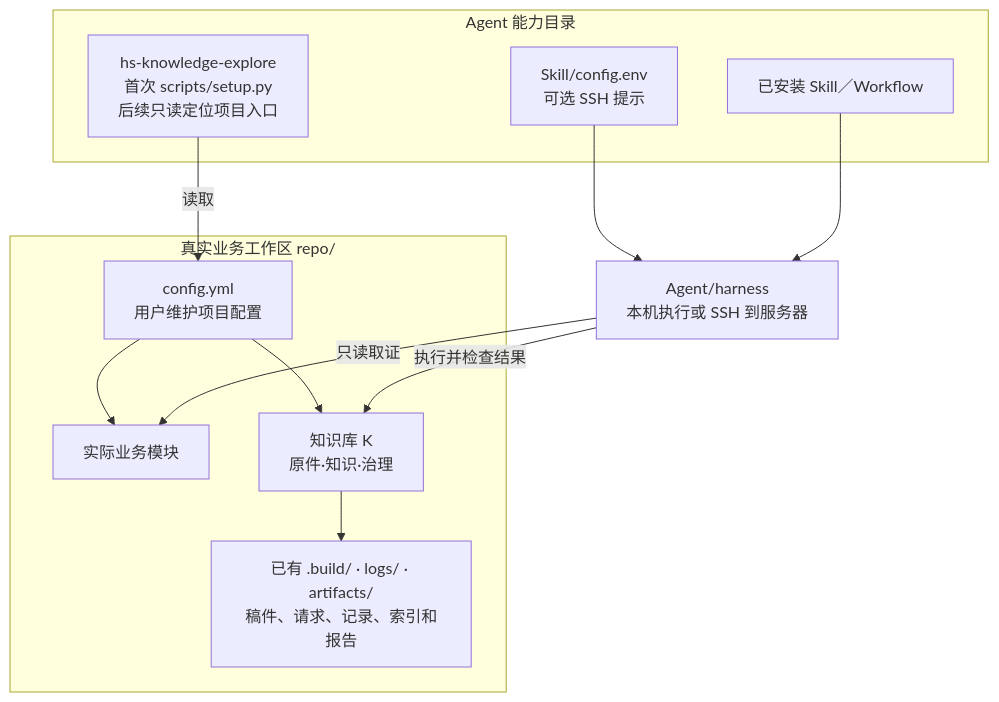
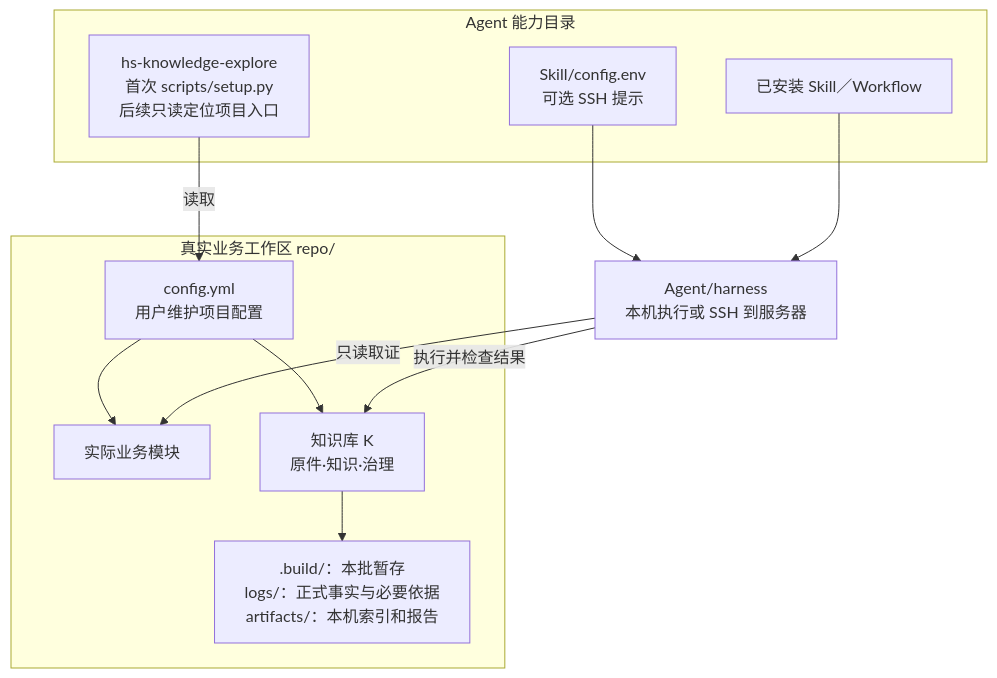
The second of 4 diagrams in himate-knowledge-wifi-mp/docs-llm-wiki/知识库关键点.md (Robin-hhc/FactumCore), drawn with Mermaid before and after one commit. The commit also changed other lines of this file and 11 other files, not shown here.

````diff
--- a/himate-knowledge-wifi-mp/docs-llm-wiki/知识库关键点.md
+++ b/himate-knowledge-wifi-mp/docs-llm-wiki/知识库关键点.md
@@ -41,22 +41,22 @@
 ```mermaid
 flowchart TD
     subgraph AGENT["Agent 能力目录"]
         SETUP["hs-knowledge-explore<br/>首次 scripts/setup.py<br/>后续只读定位项目入口"]
         ENV["Skill/config.env<br/>可选 SSH 提示"]
         S["已安装 Skill／Workflow"]
     end
     subgraph WORKSPACE["真实业务工作区 repo/"]
         CONFIG["config.yml<br/>用户维护项目配置"]
         CODE["实际业务模块"]
         K["知识库 K<br/>原件·知识·治理"]
-        OUT["已有 .build/ · logs/ · artifacts/<br/>稿件、请求、记录、索引和报告"]
+        OUT[".build/：本批暂存<br/>logs/：正式事实与必要依据<br/>artifacts/：本机索引和报告"]
         CONFIG --> CODE
         CONFIG --> K
         K --> OUT
     end
     SETUP -->|"读取"| CONFIG
     ENV --> HARNESS["Agent/harness<br/>本机执行或 SSH 到服务器"]
     S --> HARNESS
     HARNESS -->|"执行并检查结果"| K
     HARNESS -->|"只读取证"| CODE
 ```
````
